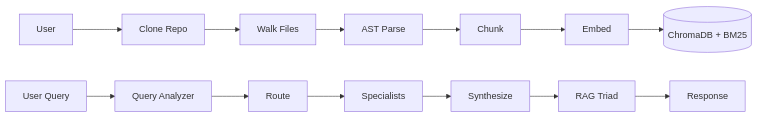
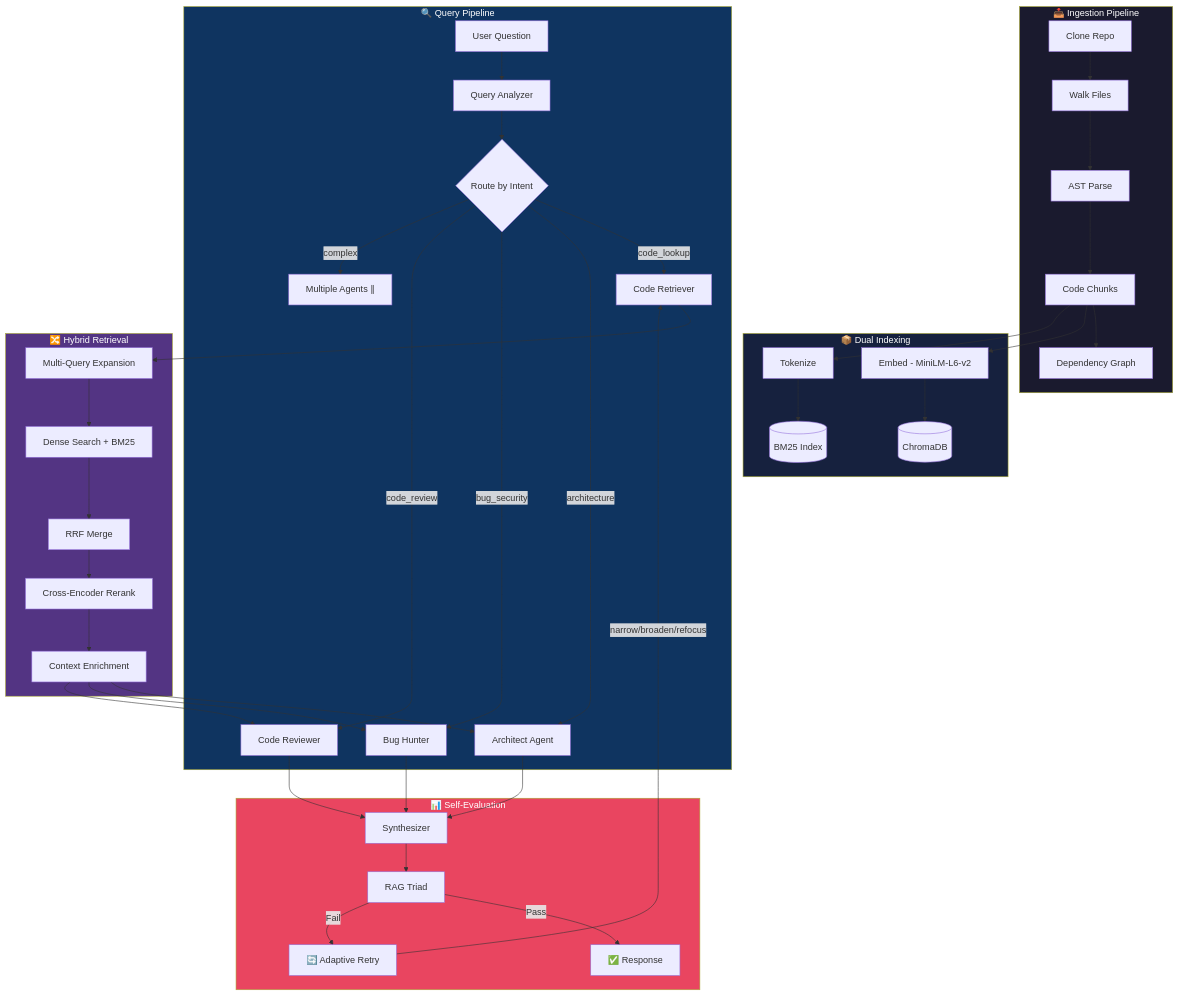
One commit to BhushanSah3/RepoMind changed the diagram in README.md. Above: the diagram before and after it, drawn with Mermaid. The commit also changed other lines of this file, not shown here.

````diff
--- a/README.md
+++ b/README.md
@@ -21,16 +83,50 @@
 ```mermaid
-flowchart LR
-    A[User] --> B[Clone Repo]
-    B --> C[Walk Files]
-    C --> D[AST Parse]
-    D --> E[Chunk]
-    E --> F[Embed]
-    F --> G[(ChromaDB + BM25)]
-    
-    H[User Query] --> I[Query Analyzer]
-    I --> J[Route]
-    J --> K[Specialists]
-    K --> L[Synthesize]
-    L --> M[RAG Triad]
-    M --> N[Response]
+flowchart TB
+    subgraph Ingestion["📥 Ingestion Pipeline"]
+        A[Clone Repo] --> B[Walk Files]
+        B --> C[AST Parse]
+        C --> D[Code Chunks]
+        D --> E[Dependency Graph]
+    end
+
+    subgraph Indexing["📦 Dual Indexing"]
+        D --> F[Embed - MiniLM-L6-v2]
+        F --> G[(ChromaDB)]
+        D --> H[Tokenize]
+        H --> I[(BM25 Index)]
+    end
+
+    subgraph Query["🔍 Query Pipeline"]
+        J[User Question] --> K[Query Analyzer]
+        K --> L{Route by Intent}
+        L -->|code_lookup| M[Code Retriever]
+        L -->|architecture| N[Architect Agent]
+        L -->|bug_security| O[Bug Hunter]
+        L -->|code_review| P[Code Reviewer]
+        L -->|complex| Q[Multiple Agents ∥]
+    end
+
+    subgraph Retrieval["🔀 Hybrid Retrieval"]
+        M --> R[Multi-Query Expansion]
+        R --> S[Dense Search + BM25]
+        S --> T[RRF Merge]
+        T --> U[Cross-Encoder Rerank]
+        U --> V[Context Enrichment]
+    end
+
+    subgraph Evaluation["📊 Self-Evaluation"]
+        W[Synthesizer] --> X[RAG Triad]
+        X -->|Pass| Y[✅ Response]
+        X -->|Fail| Z[🔄 Adaptive Retry]
+        Z -->|narrow/broaden/refocus| M
+    end
+
+    V --> N & O & P
+    N & O & P --> W
+
+    style Ingestion fill:#1a1a2e,color:#fff
+    style Indexing fill:#16213e,color:#fff
+    style Query fill:#0f3460,color:#fff
+    style Retrieval fill:#533483,color:#fff
+    style Evaluation fill:#e94560,color:#fff
 ```
````
